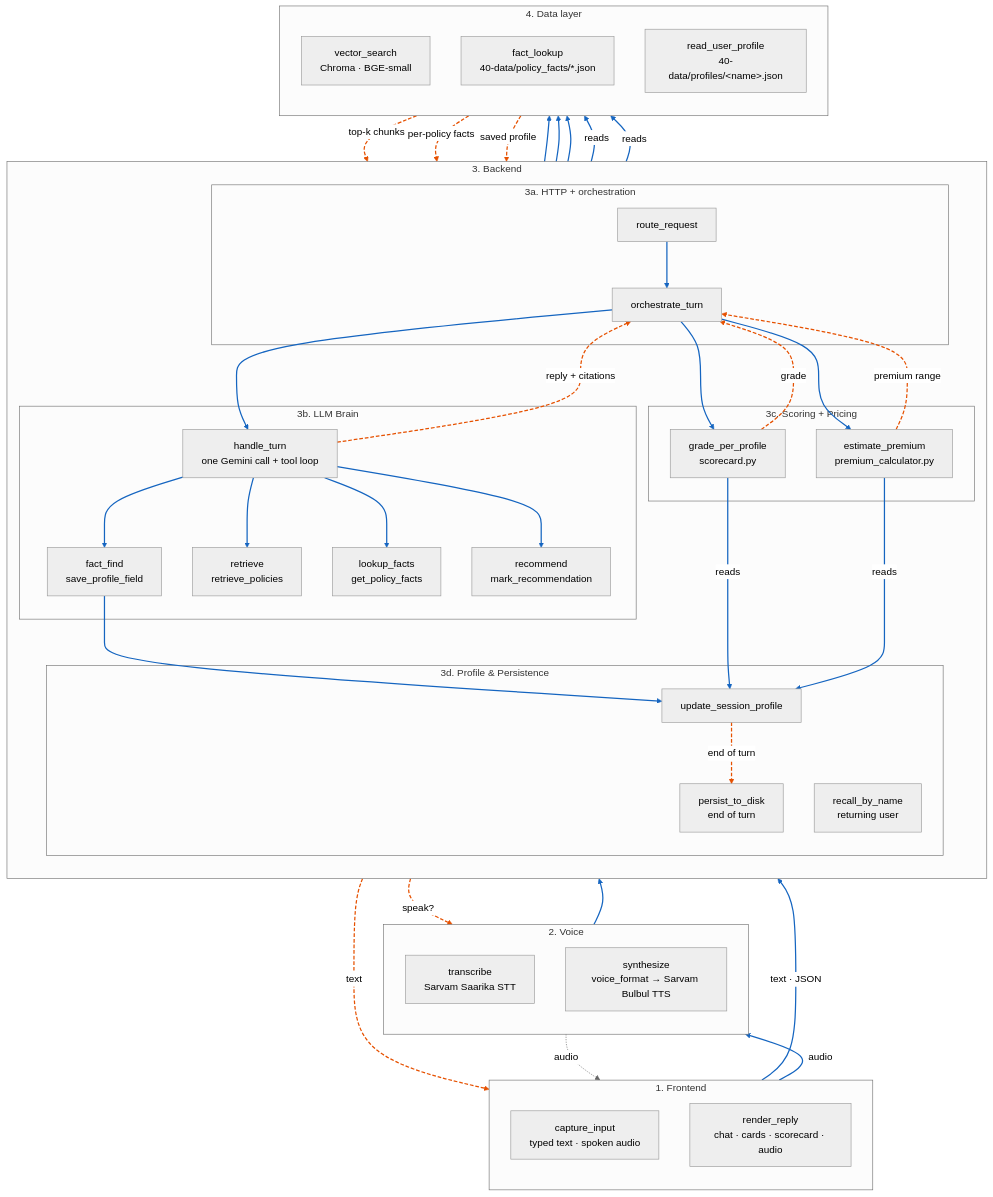
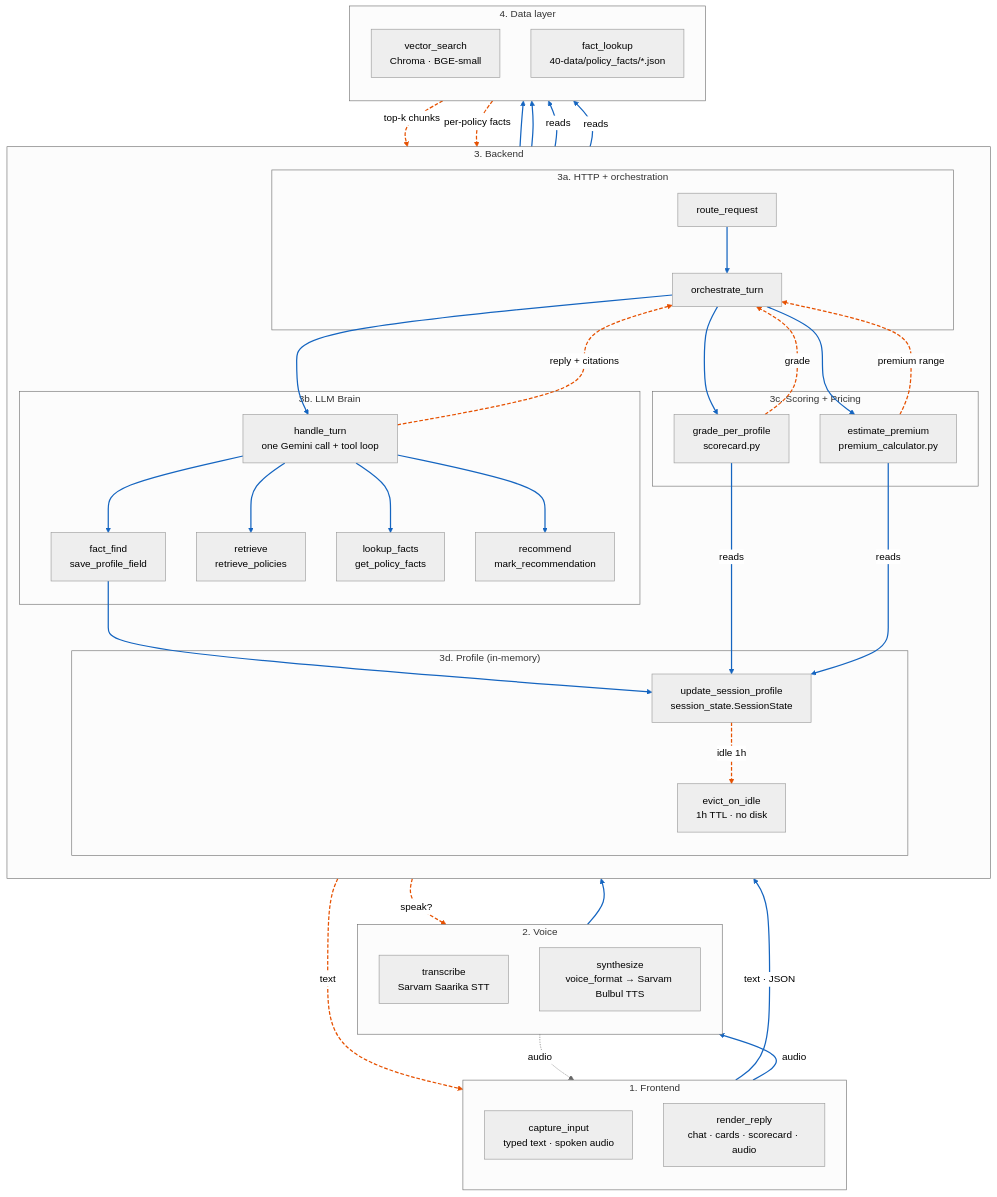
The third of 16 diagrams in README.md (rohitsar567/insurance-sales-bot), drawn with Mermaid (neutral theme) before and after one commit. The commit also changed other lines of this file and 31 other files, not shown here.

First line of the commit message:
feat!: remove cross-session profile recall (ADR-043) — net −3700 LOC

````diff
--- a/README.md
+++ b/README.md
@@ -255,82 +248,78 @@
 ```mermaid
 flowchart TB
     subgraph FE["1. Frontend"]
         direction TB
         F1["capture_input<br/>typed text · spoken audio"]
         F2["render_reply<br/>chat · cards · scorecard · audio"]
     end
 
     subgraph V["2. Voice"]
         direction TB
         V1["transcribe<br/>Sarvam Saarika STT"]
         V2["synthesize<br/>voice_format → Sarvam Bulbul TTS"]
     end
 
     subgraph BE["3. Backend"]
         direction TB
         subgraph BE_API["3a. HTTP + orchestration"]
             A1["route_request"]
             A2["orchestrate_turn"]
         end
         subgraph BE_BRAIN["3b. LLM Brain"]
             B1["handle_turn<br/>one Gemini call + tool loop"]
             B2["fact_find<br/>save_profile_field"]
             B3["retrieve<br/>retrieve_policies"]
             B4["lookup_facts<br/>get_policy_facts"]
             B5["recommend<br/>mark_recommendation"]
         end
         subgraph BE_SCORE["3c. Scoring + Pricing"]
             SC1["grade_per_profile<br/>scorecard.py"]
             SC2["estimate_premium<br/>premium_calculator.py"]
         end
-        subgraph BE_PROF["3d. Profile & Persistence"]
-            P1["update_session_profile"]
-            P2["persist_to_disk<br/>end of turn"]
-            P3["recall_by_name<br/>returning user"]
+        subgraph BE_PROF["3d. Profile (in-memory)"]
+            P1["update_session_profile<br/>session_state.SessionState"]
+            P2["evict_on_idle<br/>1h TTL · no disk"]
         end
     end
 
     subgraph DATA["4. Data layer"]
         direction TB
         D1["vector_search<br/>Chroma · BGE-small"]
         D2["fact_lookup<br/>40-data/policy_facts/*.json"]
-        D3["read_user_profile<br/>40-data/profiles/&lt;name&gt;.json"]
     end
 
     %% forward edges (input / down the pipeline)
     F1 -->|"audio"| V1
     F1 -->|"text · JSON"| A1
     V1 --> A1
     A1 --> A2
     A2 --> B1
     B1 --> B2
     B1 --> B3
     B1 --> B4
     B1 --> B5
     B2 --> P1
     B3 --> D1
     B4 --> D2
-    P3 --> D3
     A2 --> SC1
     A2 --> SC2
     SC1 -->|"reads"| D2
     SC2 -->|"reads"| D2
     SC1 -->|"reads"| P1
     SC2 -->|"reads"| P1
-    P1 -.->|"end of turn"| P2
+    P1 -.->|"idle 1h"| P2
 
     %% return edges (output / back to caller)
     D1 -.->|"top-k chunks"| B3
     D2 -.->|"per-policy facts"| B4
-    D3 -.->|"saved profile"| P3
     SC1 -.->|"grade"| A2
     SC2 -.->|"premium range"| A2
     B1 -.->|"reply + citations"| A2
     A2 -.->|"text"| F2
     A2 -.->|"speak?"| V2
     V2 -.->|"audio"| F2
 
     %% blue solid = forward · orange dashed = return
-    linkStyle 0,1,2,3,4,5,6,7,8,9,10,11,12,13,14,15,16,17,18 stroke:#1565c0,stroke-width:2px
-    linkStyle 19,20,21,22,23,24,25,26,27 stroke:#e65100,stroke-width:2px,stroke-dasharray:6 3
+    linkStyle 0,1,2,3,4,5,6,7,8,9,10,11,12,13,14,15,16,17 stroke:#1565c0,stroke-width:2px
+    linkStyle 18,19,20,21,22,23,24,25 stroke:#e65100,stroke-width:2px,stroke-dasharray:6 3
 ```
````
